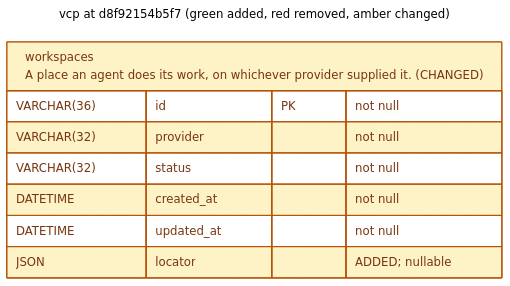
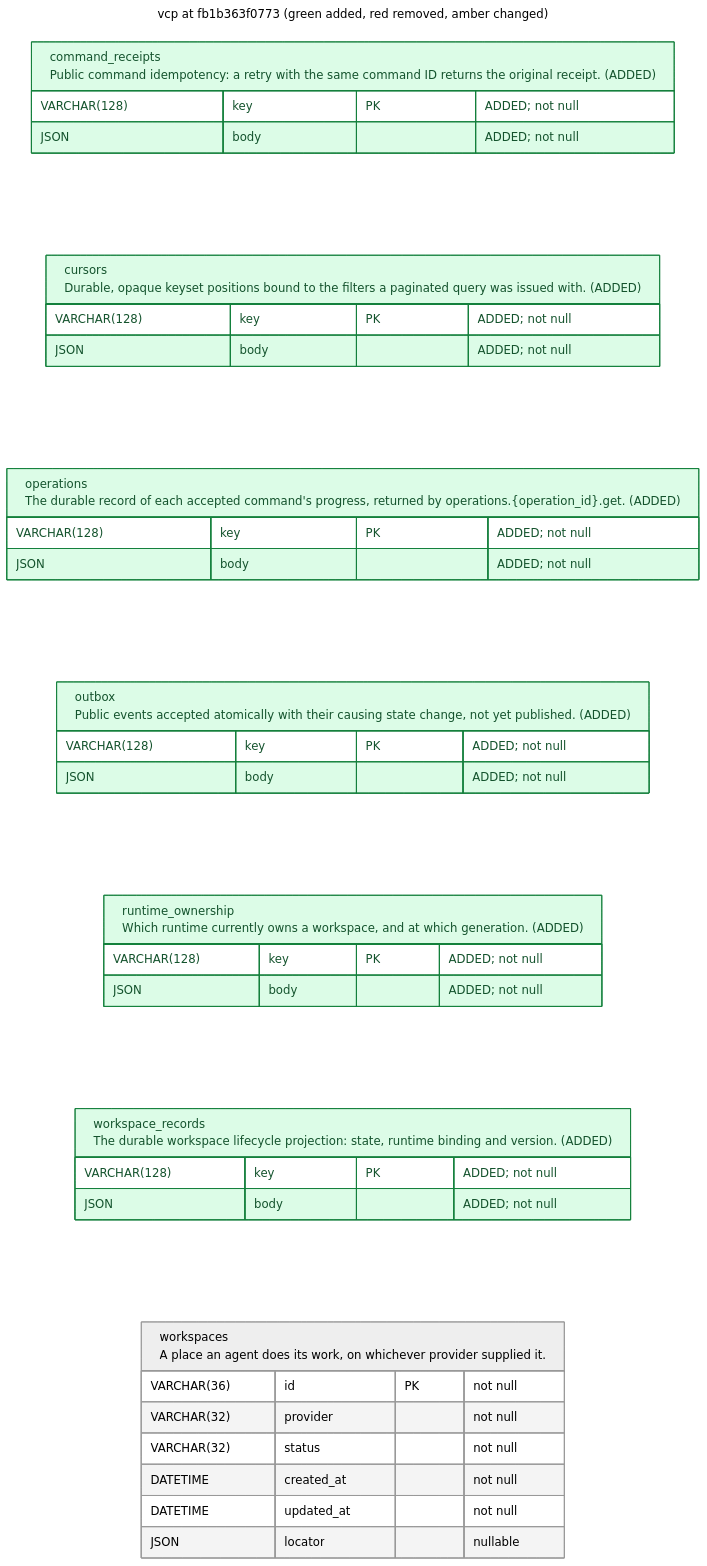
The diagram in v2/docs/schema/latest_vcp.mermaid (OpenEngine/OpenEngine), drawn with Mermaid before and after one commit. The commit also changed 5 other files, not shown here.

Commit message:
docs: update service schemas

```diff
--- a/v2/docs/schema/latest_vcp.mermaid
+++ b/v2/docs/schema/latest_vcp.mermaid
@@ -1,22 +1,51 @@
 ---
-title: vcp at d8f92154b5f7 (green added, red removed, amber changed)
+title: vcp at fb1b363f0773 (green added, red removed, amber changed)
 config:
   theme: neutral
 ---
 erDiagram
     direction LR
     %% REMOVED tables/columns are tombstones, absent from this revision's schema.
     %% Column changes include type, nullability, default and key membership.
     %% Table changes also include indexes and constraints.
     classDef added fill:#dcfce7,stroke:#15803d,color:#14532d
     classDef removed fill:#fee2e2,stroke:#b91c1c,color:#7f1d1d
     classDef changed fill:#fef3c7,stroke:#b45309,color:#78350f
-    workspaces["workspaces<br/>A place an agent does its work, on whichever provider supplied it. (CHANGED)"] {
+    command_receipts["command_receipts<br/>Public command idempotency: a retry with the same command ID returns the original receipt. (ADDED)"] {
+        VARCHAR(128) key PK "ADDED; not null"
+        JSON body "ADDED; not null"
+    }
+    class command_receipts added
+    cursors["cursors<br/>Durable, opaque keyset positions bound to the filters a paginated query was issued with. (ADDED)"] {
+        VARCHAR(128) key PK "ADDED; not null"
+        JSON body "ADDED; not null"
+    }
+    class cursors added
+    operations["operations<br/>The durable record of each accepted command's progress, returned by operations.{operation_id}.get. (ADDED)"] {
+        VARCHAR(128) key PK "ADDED; not null"
+        JSON body "ADDED; not null"
+    }
+    class operations added
+    outbox["outbox<br/>Public events accepted atomically with their causing state change, not yet published. (ADDED)"] {
+        VARCHAR(128) key PK "ADDED; not null"
+        JSON body "ADDED; not null"
+    }
+    class outbox added
+    runtime_ownership["runtime_ownership<br/>Which runtime currently owns a workspace, and at which generation. (ADDED)"] {
+        VARCHAR(128) key PK "ADDED; not null"
+        JSON body "ADDED; not null"
+    }
+    class runtime_ownership added
+    workspace_records["workspace_records<br/>The durable workspace lifecycle projection: state, runtime binding and version. (ADDED)"] {
+        VARCHAR(128) key PK "ADDED; not null"
+        JSON body "ADDED; not null"
+    }
+    class workspace_records added
+    workspaces["workspaces<br/>A place an agent does its work, on whichever provider supplied it."] {
         VARCHAR(36) id PK "not null"
         VARCHAR(32) provider "not null"
         VARCHAR(32) status "not null"
         DATETIME created_at "not null"
         DATETIME updated_at "not null"
-        JSON locator "ADDED; nullable"
+        JSON locator "nullable"
     }
-    class workspaces changed
```
